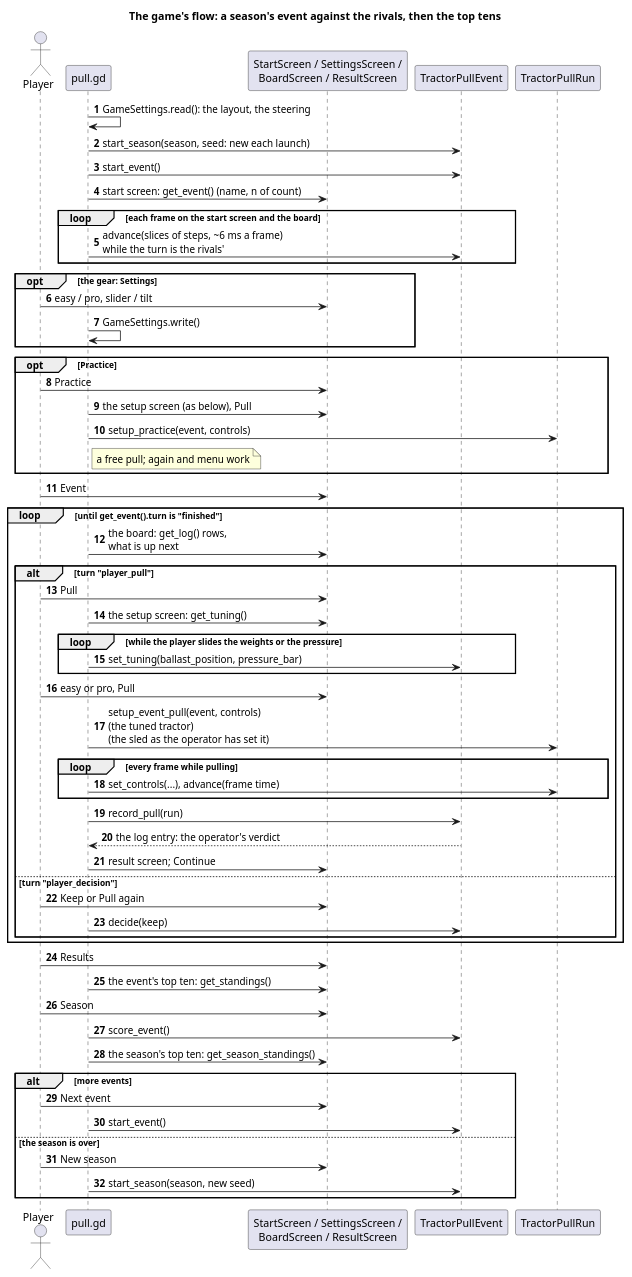
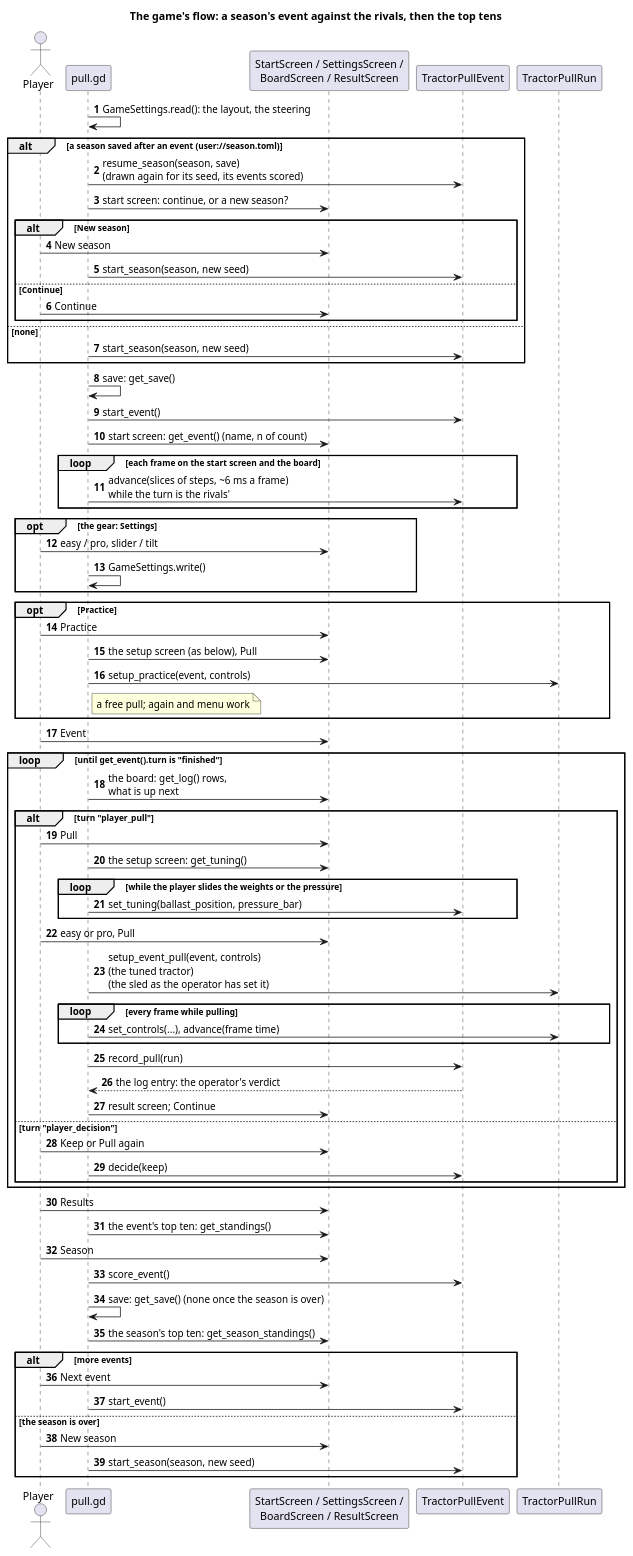
Before and after one commit to wversteeg/TractorPulling: the diagram in docs/diagrams/godot_run_flow_sequence.puml, drawn with PlantUML. The commit also changed 25 other files, not shown here.

First line of the commit message:
A saved season: New or Continue at launch

```diff
--- a/docs/diagrams/godot_run_flow_sequence.puml
+++ b/docs/diagrams/godot_run_flow_sequence.puml
@@ -1,61 +1,74 @@
 @startuml godot_run_flow_sequence
 title The game's flow: a season's event against the rivals, then the top tens
 autonumber
 actor Player
 participant "pull.gd" as Pull
 participant "StartScreen / SettingsScreen /\nBoardScreen / ResultScreen" as Screens
 participant "TractorPullEvent" as Event
 participant "TractorPullRun" as Run
 
 Pull -> Pull : GameSettings.read(): the layout, the steering
-Pull -> Event : start_season(season, seed: new each launch)
+alt a season saved after an event (user://season.toml)
+  Pull -> Event : resume_season(season, save)\n(drawn again for its seed, its events scored)
+  Pull -> Screens : start screen: continue, or a new season?
+  alt New season
+    Player -> Screens : New season
+    Pull -> Event : start_season(season, new seed)
+  else Continue
+    Player -> Screens : Continue
+  end
+else none
+  Pull -> Event : start_season(season, new seed)
+end
+Pull -> Pull : save: get_save()
 Pull -> Event : start_event()
 Pull -> Screens : start screen: get_event() (name, n of count)
 loop each frame on the start screen and the board
   Pull -> Event : advance(slices of steps, ~6 ms a frame)\nwhile the turn is the rivals'
 end
 opt the gear: Settings
   Player -> Screens : easy / pro, slider / tilt
   Pull -> Pull : GameSettings.write()
 end
 opt Practice
   Player -> Screens : Practice
   Pull -> Screens : the setup screen (as below), Pull
   Pull -> Run : setup_practice(event, controls)
   note right of Pull : a free pull; again and menu work
 end
 Player -> Screens : Event
 loop until get_event().turn is "finished"
   Pull -> Screens : the board: get_log() rows,\nwhat is up next
   alt turn "player_pull"
     Player -> Screens : Pull
     Pull -> Screens : the setup screen: get_tuning()
     loop while the player slides the weights or the pressure
       Pull -> Event : set_tuning(ballast_position, pressure_bar)
     end
     Player -> Screens : easy or pro, Pull
     Pull -> Run : setup_event_pull(event, controls)\n(the tuned tractor)\n(the sled as the operator has set it)
     loop every frame while pulling
       Pull -> Run : set_controls(...), advance(frame time)
     end
     Pull -> Event : record_pull(run)
     Event --> Pull : the log entry: the operator's verdict
     Pull -> Screens : result screen; Continue
   else turn "player_decision"
     Player -> Screens : Keep or Pull again
     Pull -> Event : decide(keep)
   end
 end
 Player -> Screens : Results
 Pull -> Screens : the event's top ten: get_standings()
 Player -> Screens : Season
 Pull -> Event : score_event()
+Pull -> Pull : save: get_save() (none once the season is over)
 Pull -> Screens : the season's top ten: get_season_standings()
 alt more events
   Player -> Screens : Next event
   Pull -> Event : start_event()
 else the season is over
   Player -> Screens : New season
   Pull -> Event : start_season(season, new seed)
 end
 @enduml
```
